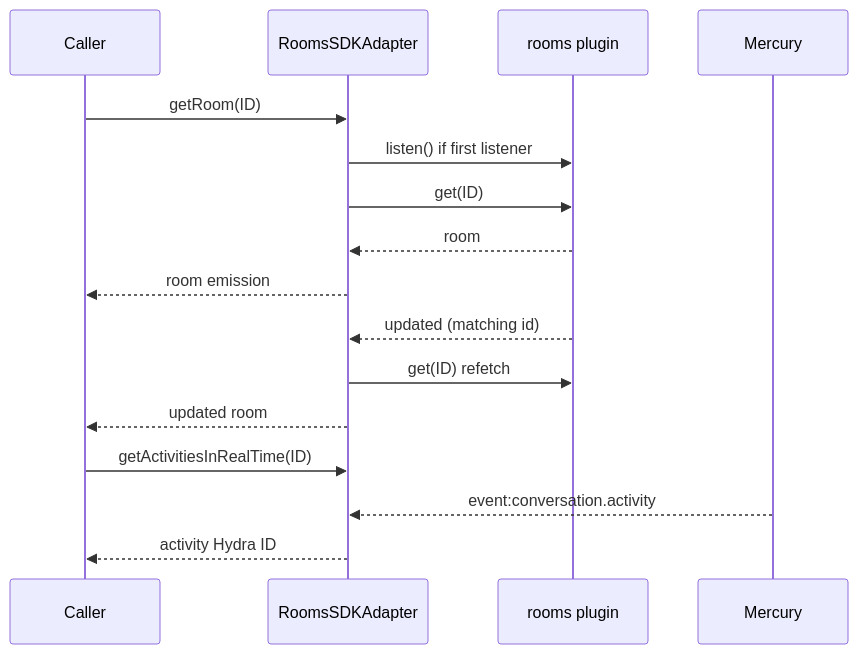
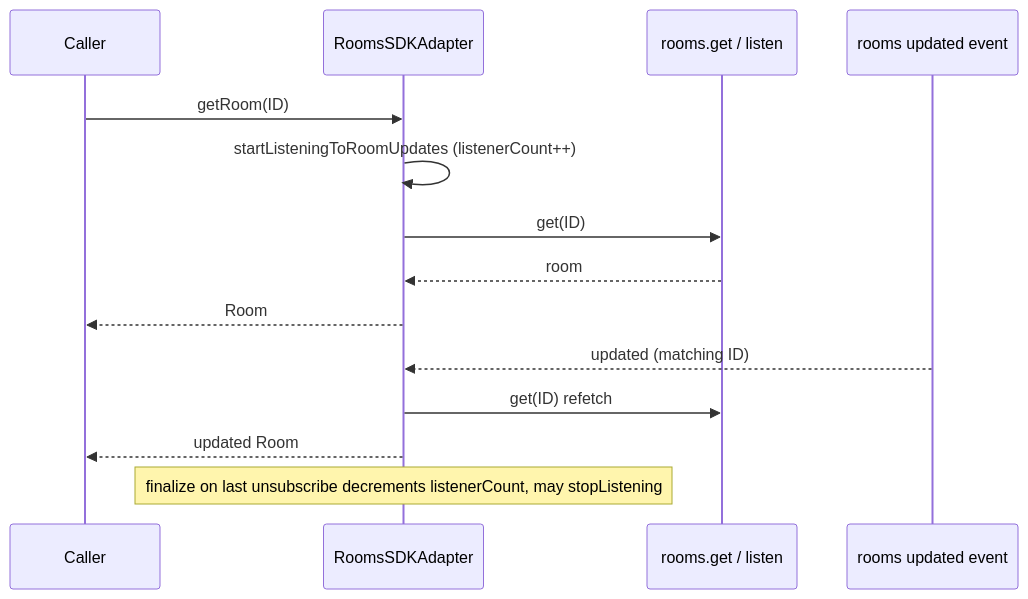
The second of 6 diagrams in src/ai-docs/rooms-sdk-adapter-spec.md (webex/sdk-component-adapter), drawn with Mermaid before and after one commit. The commit also changed other lines of this file and 13 other files, not shown here.

````diff
--- a/src/ai-docs/rooms-sdk-adapter-spec.md
+++ b/src/ai-docs/rooms-sdk-adapter-spec.md
@@ -129,20 +129,17 @@
 ```mermaid
 sequenceDiagram
   participant Caller
   participant Adapter as RoomsSDKAdapter
-  participant Rooms as rooms plugin
-  participant Mercury
+  participant Rooms as rooms.get / listen
+  participant WS as rooms updated event
 
   Caller->>Adapter: getRoom(ID)
-  Adapter->>Rooms: listen() if first listener
+  Adapter->>Adapter: startListeningToRoomUpdates (listenerCount++)
   Adapter->>Rooms: get(ID)
   Rooms-->>Adapter: room
-  Adapter-->>Caller: room emission
-  Rooms-->>Adapter: updated (matching id)
+  Adapter-->>Caller: Room
+  WS-->>Adapter: updated (matching ID)
   Adapter->>Rooms: get(ID) refetch
-  Adapter-->>Caller: updated room
-
-  Caller->>Adapter: getActivitiesInRealTime(ID)
-  Mercury-->>Adapter: event:conversation.activity
-  Adapter-->>Caller: activity Hydra ID
+  Adapter-->>Caller: updated Room
+  Note over Adapter: finalize on last unsubscribe decrements listenerCount, may stopListening
 ```
````
